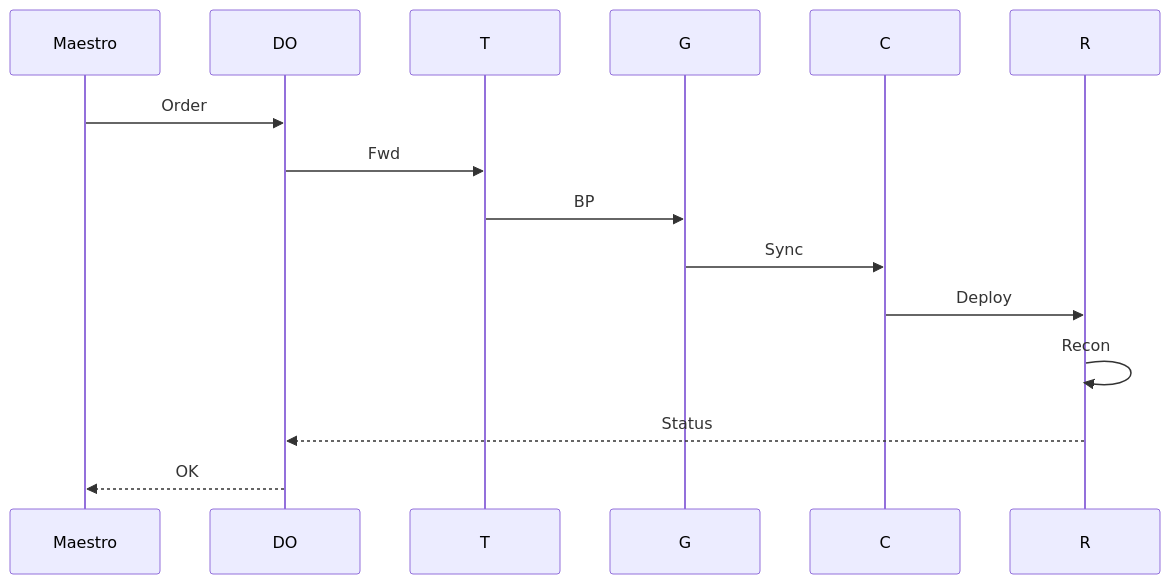
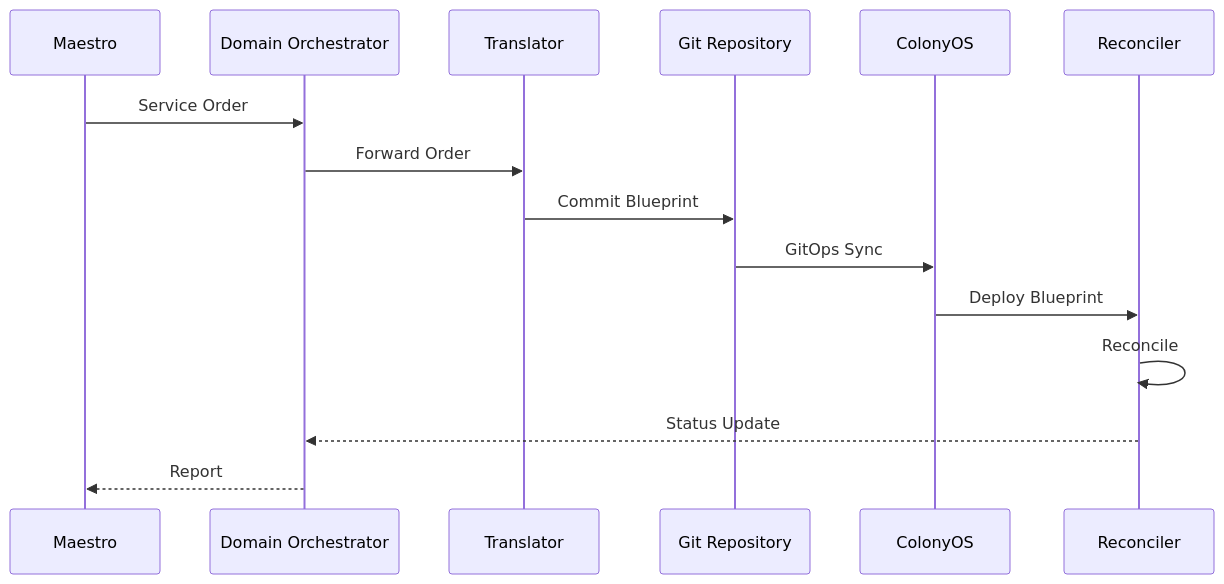
The second of 4 diagrams in README.md (cop-pilot-eu/cluster-1-integration), drawn with Mermaid before and after one commit. The commit also changed other lines of this file, not shown here.

````diff
--- a/README.md
+++ b/README.md
@@ -84,18 +84,18 @@
 ```mermaid
 sequenceDiagram
     participant Maestro
-    participant D as DO
-    participant T
-    participant G
-    participant C
-    participant R
+    participant DO as Domain Orchestrator
+    participant T as Translator
+    participant G as Git Repository
+    participant C as ColonyOS
+    participant R as Reconciler
 
-    Maestro->>D: Order
-    D->>T: Fwd
-    T->>G: BP
-    G->>C: Sync
-    C->>R: Deploy
-    R->>R: Recon
-    R-->>D: Status
-    D-->>Maestro: OK
+    Maestro->>DO: Service Order
+    DO->>T: Forward Order
+    T->>G: Commit Blueprint
+    G->>C: GitOps Sync
+    C->>R: Deploy Blueprint
+    R->>R: Reconcile
+    R-->>DO: Status Update
+    DO-->>Maestro: Report
 ```
````
